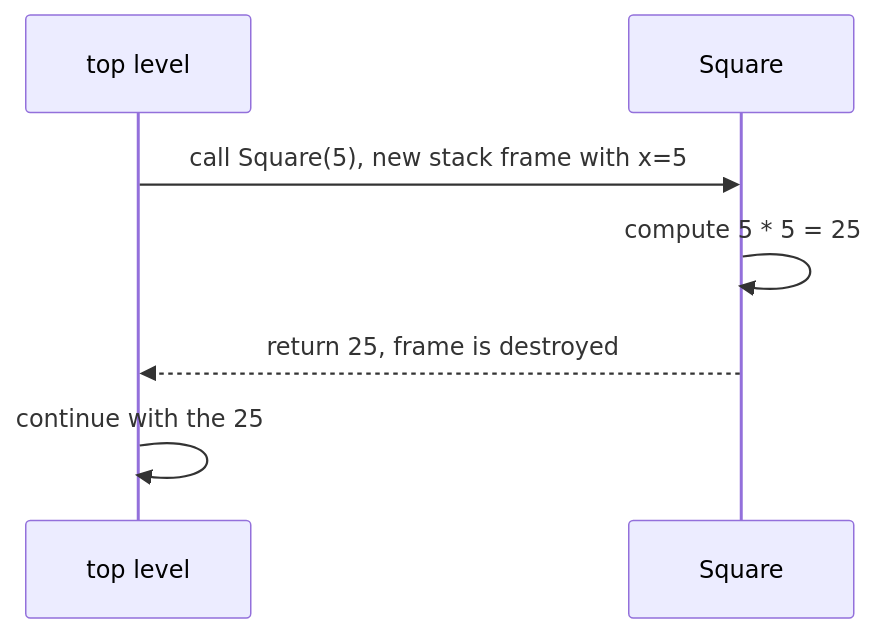
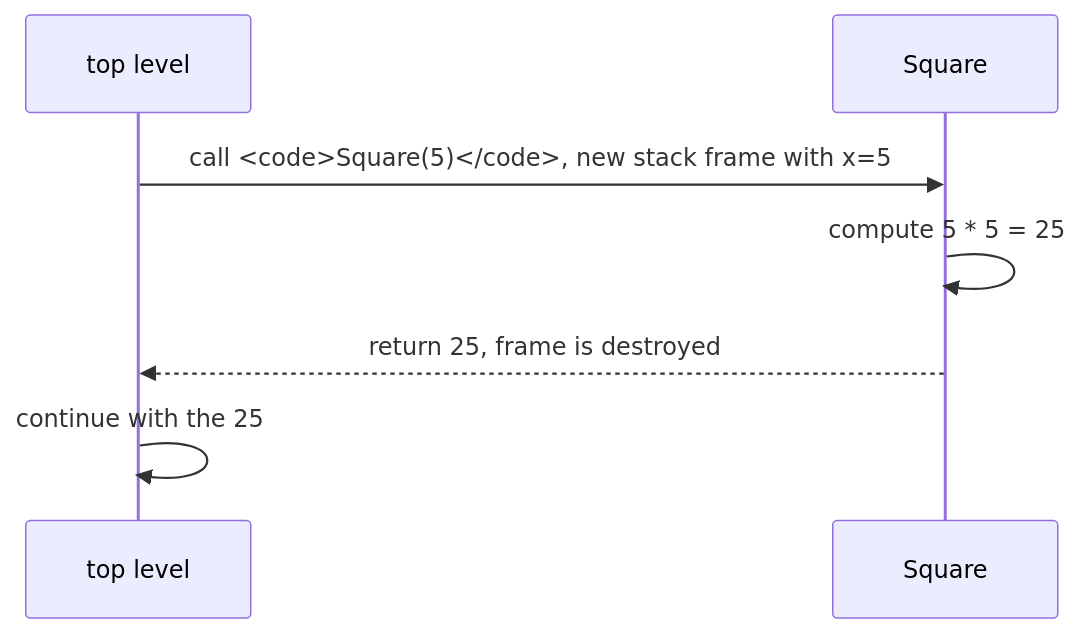
Before and after one commit to dataslope/dataslope: the diagram in content/courses/intro-modern-csharp/methods-and-modularity.mdx, drawn with Mermaid. The commit also changed 65 other files, not shown here.

First line of the commit message:
Set code in every mermaid label in the mono face

````diff
--- a/content/courses/intro-modern-csharp/methods-and-modularity.mdx
+++ b/content/courses/intro-modern-csharp/methods-and-modularity.mdx
@@ -133,9 +133,9 @@
 ```mermaid
 sequenceDiagram
     participant Main as top level
     participant Sq as Square
-    Main->>Sq: call Square(5), new stack frame with x=5
+    Main->>Sq: call <code>Square(5)</code>, new stack frame with x=5
     Sq->>Sq: compute 5 * 5 = 25
     Sq-->>Main: return 25, frame is destroyed
     Main->>Main: continue with the 25
 ```
````
